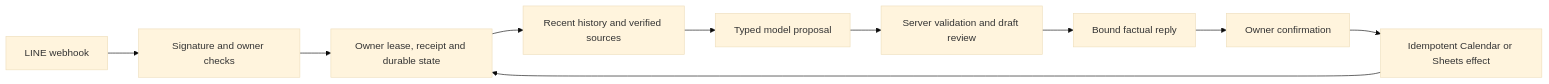
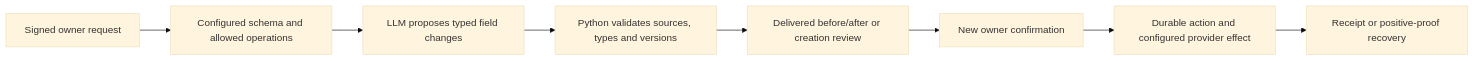
One commit to thanaphatt1/line-personal-assistant changed the second of 2 diagrams in docs/architecture.md. Above: the diagram before and after it, drawn with Mermaid (base theme). The commit also changed other lines of this file and 58 other files, not shown here.

Commit message:
Add schema-driven planning and read-only SQL analysis

````diff
--- a/docs/architecture.md
+++ b/docs/architecture.md
@@ -13,12 +49,10 @@
 ```mermaid
 flowchart LR
-    LINE[LINE webhook] --> Signature[Signature and owner checks]
-    Signature --> State[Owner lease, receipt and durable state]
-    State --> Context[Recent history and verified sources]
-    Context --> Model[Typed model proposal]
-    Model --> Validate[Server validation and draft review]
-    Validate --> Reply[Bound factual reply]
-    Reply --> Owner[Owner confirmation]
-    Owner --> Effect[Idempotent Calendar or Sheets effect]
-    Effect --> State
+    Request[Signed owner request] --> Metadata[Configured schema and allowed operations]
+    Metadata --> Model[LLM proposes typed field changes]
+    Model --> Validate[Python validates sources, types and versions]
+    Validate --> Review[Delivered before/after or creation review]
+    Review --> Owner[New owner confirmation]
+    Owner --> Effect[Durable action and configured provider effect]
+    Effect --> Receipt[Receipt or positive-proof recovery]
 ```
````
